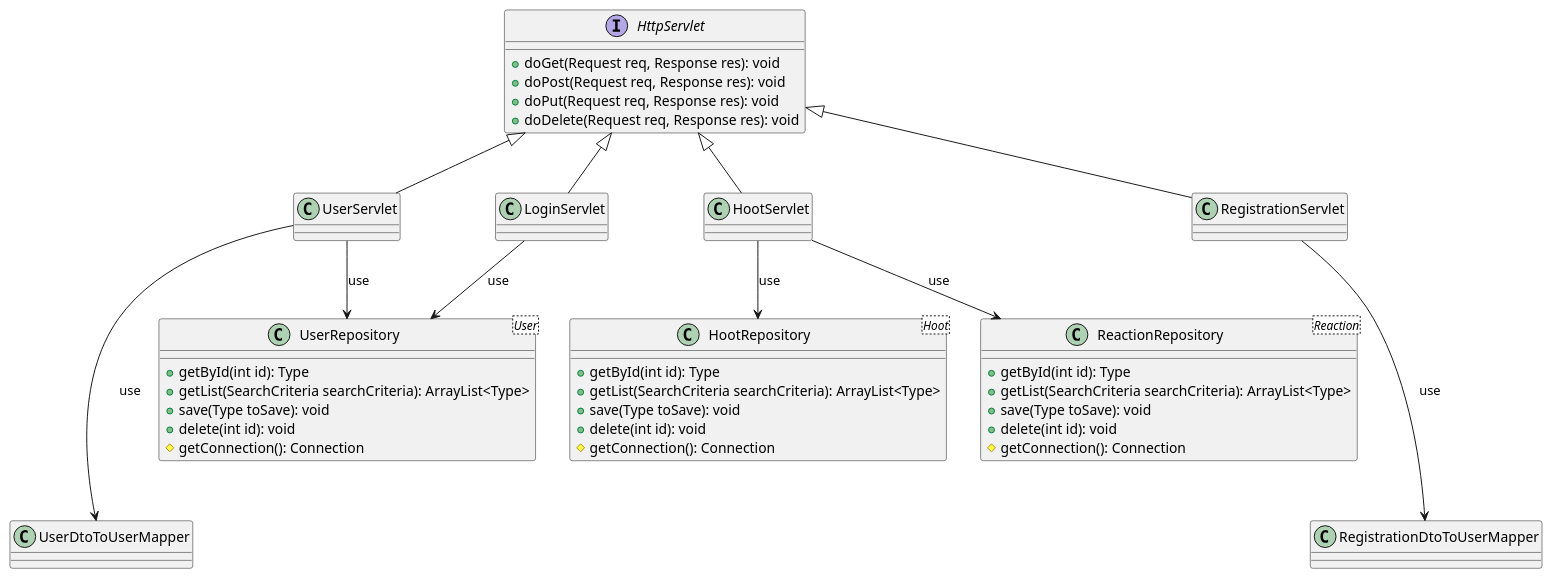
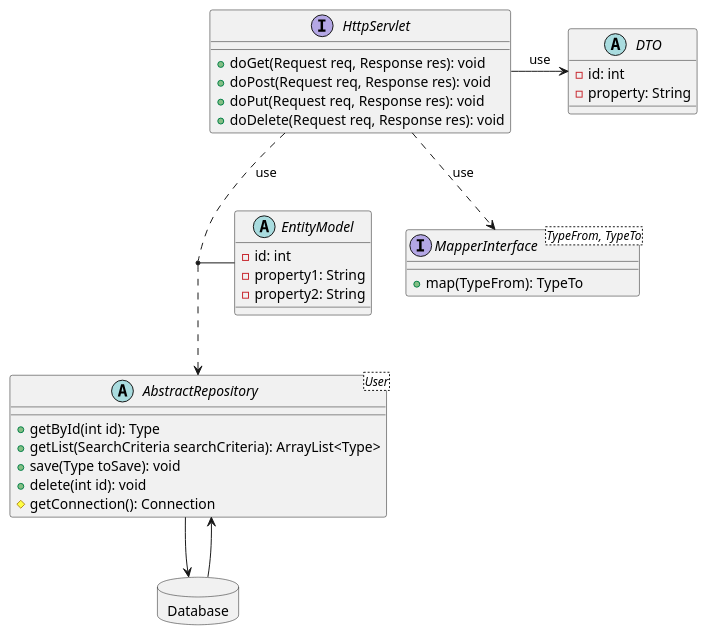
One commit to ulftietze/hoot changed the diagram in docs/diagrams/AbstractArchitecture.puml. Above: the diagram before and after it, drawn with PlantUML. The commit also changed 3 other files, not shown here.

Commit message:
Add more diagrams to modelize the Architecture and request flow

```diff
--- a/docs/diagrams/AbstractArchitecture.puml
+++ b/docs/diagrams/AbstractArchitecture.puml
@@ -1,52 +1,51 @@
 @startuml
 'https://plantuml.com/class-diagram
 
 
 
-class UserRepository<User> {
+abstract class AbstractRepository<User> {
      +getById(int id): Type
      +getList(SearchCriteria searchCriteria): ArrayList<Type>
      +save(Type toSave): void
      +delete(int id): void
      #getConnection(): Connection
 }
-class HootRepository<Hoot>{
-   +getById(int id): Type
-   +getList(SearchCriteria searchCriteria): ArrayList<Type>
-   +save(Type toSave): void
-   +delete(int id): void
-   #getConnection(): Connection
-}
-class ReactionRepository<Reaction>{
-    +getById(int id): Type
-    +getList(SearchCriteria searchCriteria): ArrayList<Type>
-    +save(Type toSave): void
-    +delete(int id): void
-    #getConnection(): Connection
- }
-
 
 Interface HttpServlet {
     +doGet(Request req, Response res): void
     +doPost(Request req, Response res): void
     +doPut(Request req, Response res): void
     +doDelete(Request req, Response res): void
 }
 
-class UserServlet extends HttpServlet
-class HootServlet extends HttpServlet
-class LoginServlet extends HttpServlet
-class RegistrationServlet extends HttpServlet
+interface MapperInterface<TypeFrom, TypeTo> {
+    +map(TypeFrom): TypeTo
+}
 
 
-UserServlet --> UserRepository: use
-HootServlet --> HootRepository: use
-HootServlet --> ReactionRepository: use
-LoginServlet --> UserRepository: use
+abstract class DTO {
+    -id: int
+    -property: String
+}
 
+abstract class EntityModel {
+    -id: int
+    -property1: String
+    -property2: String
+}
 
-UserServlet ---> UserDtoToUserMapper: use
-RegistrationServlet ---> RegistrationDtoToUserMapper: use
+package Database <<Database>> {
+
+}
+
+HttpServlet ..> AbstractRepository: use
+HttpServlet ..> MapperInterface: use
+HttpServlet -> DTO: use
+
+(AbstractRepository, HttpServlet) -- EntityModel
+
+AbstractRepository --> Database
+Database --> AbstractRepository
 
 
 @enduml
```
